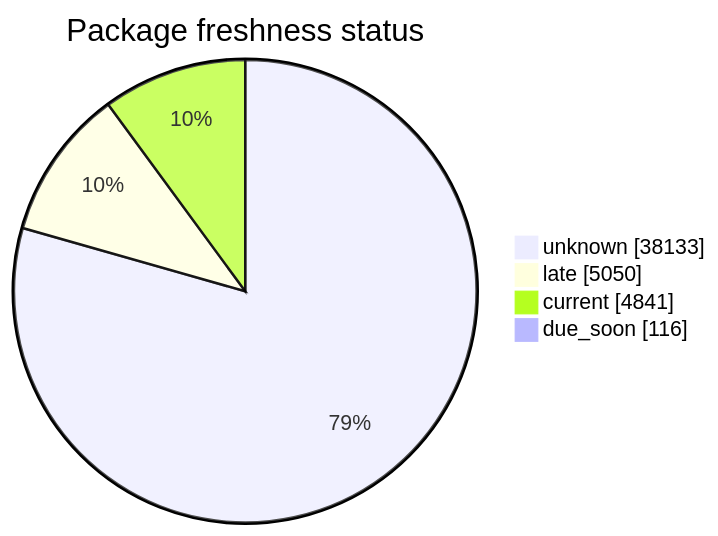
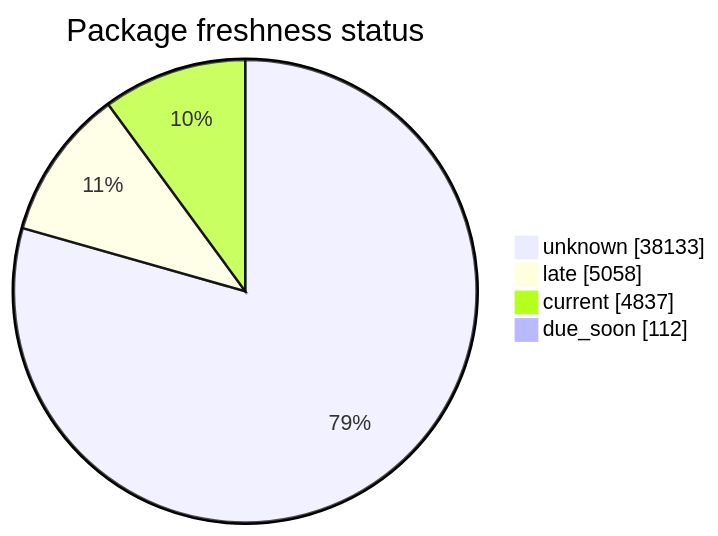
The second of 5 diagrams in FreshCheck/README.md (open-data/analytics-corporate-reporting), drawn with Mermaid before and after one commit. The commit also changed other lines of this file and 3 other files, not shown here.

````diff
--- a/FreshCheck/README.md
+++ b/FreshCheck/README.md
@@ -68,7 +68,7 @@
 ```mermaid
 pie showData title Package freshness status
     "unknown": 38133
-    "late": 5050
-    "current": 4841
-    "due_soon": 116
+    "late": 5058
+    "current": 4837
+    "due_soon": 112
 ```
````
